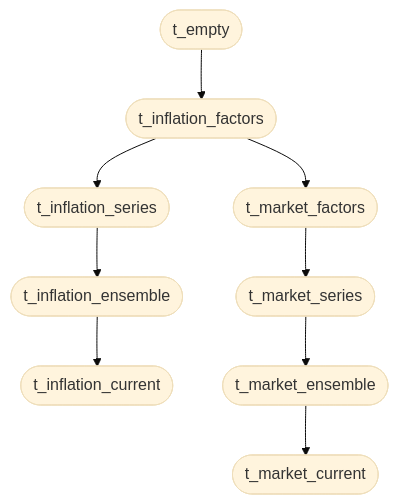
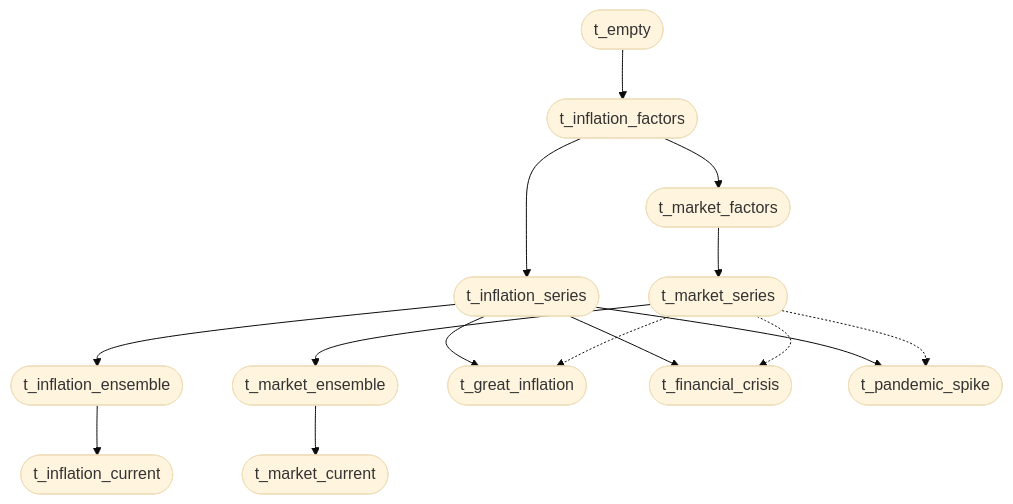
One commit to BobKerns/analysis changed the first of 2 diagrams in docs/guides/historical-calibration.md. Above: the diagram before and after it, drawn with Mermaid (base theme). The commit also changed other lines of this file and 21 other files, not shown here.

First line of the commit message:
Episode templates: great inflation, financial crisis, pandemic spike (#282)

````diff
--- a/docs/guides/historical-calibration.md
+++ b/docs/guides/historical-calibration.md
@@ -510,11 +509,17 @@
 ```mermaid
 flowchart TB
     empty(["t_empty"]) --> if_(["t_inflation_factors"])
     if_ --> is(["t_inflation_series"])
     is --> ie(["t_inflation_ensemble"])
     ie --> ic(["t_inflation_current"])
     if_ --> mf(["t_market_factors"])
     mf --> ms(["t_market_series"])
     ms --> me(["t_market_ensemble"])
     me --> mc(["t_market_current"])
+    is --> gi(["t_great_inflation"])
+    is --> fc(["t_financial_crisis"])
+    is --> ps(["t_pandemic_spike"])
+    ms -.-> gi
+    ms -.-> fc
+    ms -.-> ps
 ```
````
